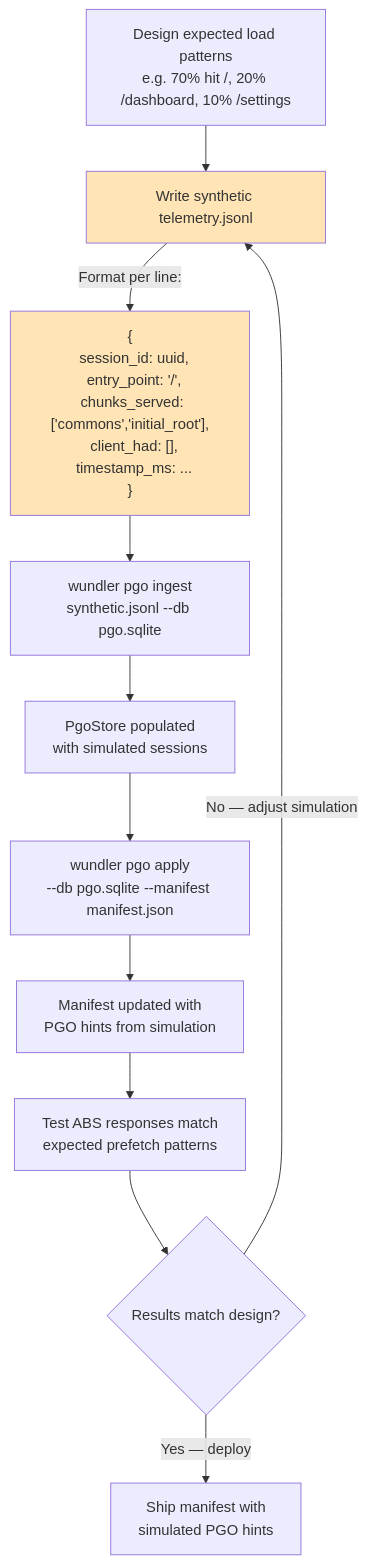
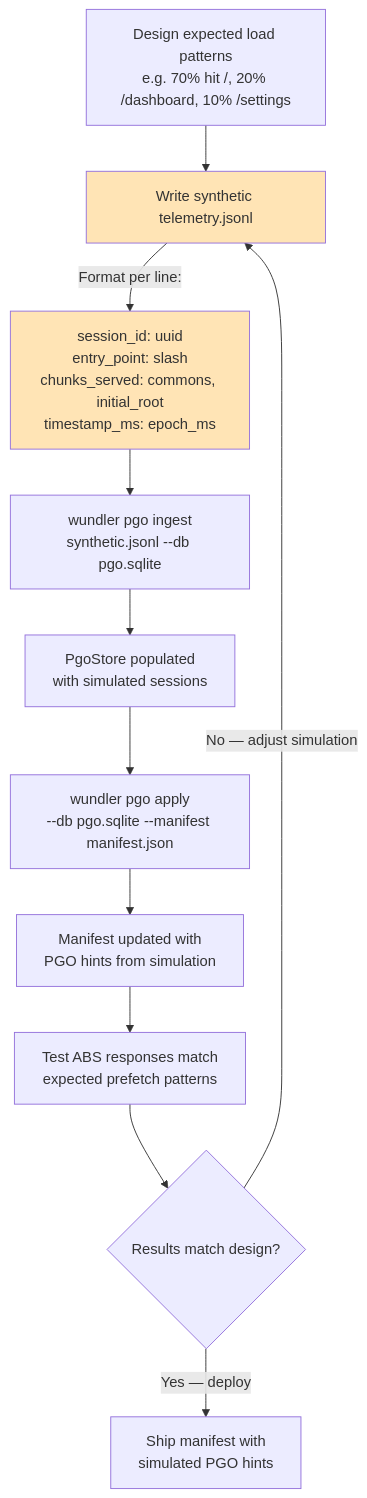
One commit to kenotron-ms/wundler changed the seventh of 8 diagrams in docs/WORKFLOWS.md. Above: the diagram before and after it, drawn with Mermaid. The commit also changed other lines of this file, not shown here.

First line of the commit message:
fix(docs): correct Mermaid syntax in WORKFLOWS.md

````diff
--- a/docs/WORKFLOWS.md
+++ b/docs/WORKFLOWS.md
@@ -175,20 +175,20 @@
 ```mermaid
 flowchart TD
     A[Design expected load patterns<br/>e.g. 70% hit /, 20% /dashboard, 10% /settings] --> B[Write synthetic telemetry.jsonl]
 
-    B -->|Format per line:| C["{<br/>  session_id: uuid,<br/>  entry_point: '/',<br/>  chunks_served: ['commons','initial_root'],<br/>  client_had: [],<br/>  timestamp_ms: ...<br/>}"]
+    B -->|Format per line:| C["session_id: uuid<br/>entry_point: slash<br/>chunks_served: commons, initial_root<br/>timestamp_ms: epoch_ms"]
 
     C --> D[wundler pgo ingest<br/>synthetic.jsonl --db pgo.sqlite]
     D --> E[PgoStore populated<br/>with simulated sessions]
 
     E --> F[wundler pgo apply<br/>--db pgo.sqlite --manifest manifest.json]
     F --> G[Manifest updated with<br/>PGO hints from simulation]
 
     G --> H[Test ABS responses match<br/>expected prefetch patterns]
     H --> I{Results match design?}
     I -->|No — adjust simulation| B
     I -->|Yes — deploy| J[Ship manifest with<br/>simulated PGO hints]
 
     style B fill:#ffe4b5
     style C fill:#ffe4b5
 ```
````
